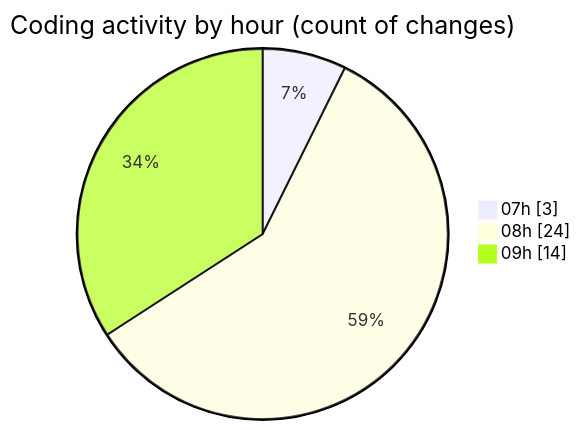
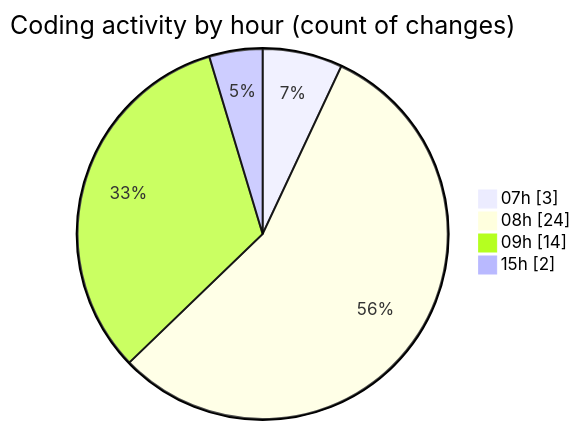
Before and after one commit to MatusMokan/code-tracking: the second of 2 diagrams in 2025-05-07/myws__workspace_/README.md, drawn with Mermaid. The commit also changed other lines of this file and 1 other file, not shown here.

````diff
--- a/2025-05-07/myws__workspace_/README.md
+++ b/2025-05-07/myws__workspace_/README.md
@@ -28,7 +30,8 @@
 ```mermaid
 pie showData
 title Coding activity by hour (count of changes)
 "07h" : 3
 "08h" : 24
 "09h" : 14
+"15h" : 2
 ```
````
